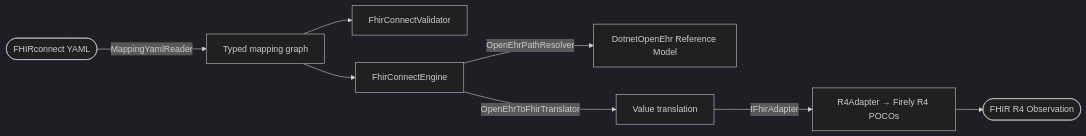
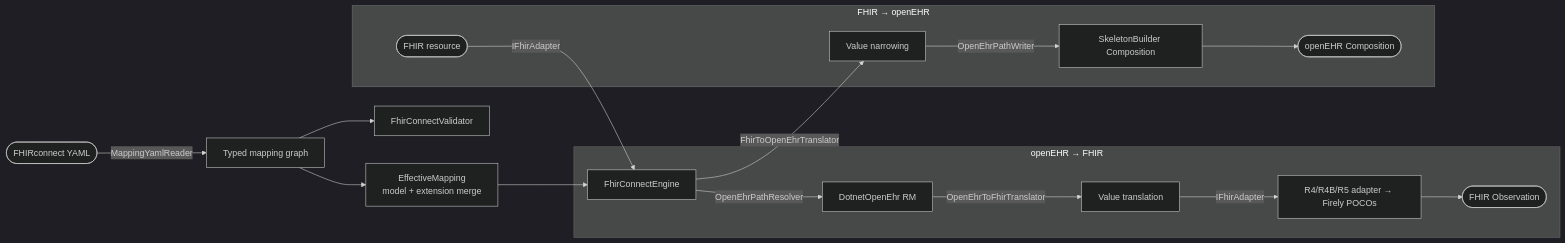
Before and after one commit to GinoCanessa/dotnet-fhirconnect: the diagram in docs/architecture.md, drawn with Mermaid (dark theme). The commit also changed other lines of this file and 1 other file, not shown here.

First line of the commit message:
docs: rewrite architecture.md for the bidirectional engine

````diff
--- a/docs/architecture.md
+++ b/docs/architecture.md
@@ -8,10 +8,21 @@
 ```mermaid
 flowchart LR
     YAML([FHIRconnect YAML]) -->|MappingYamlReader| Loader[Typed mapping graph]
     Loader --> Validator[FhirConnectValidator]
-    Loader --> Engine[FhirConnectEngine]
-    Engine -->|OpenEhrPathResolver| RM[DotnetOpenEhr Reference Model]
-    Engine -->|OpenEhrToFhirTranslator| Translator[Value translation]
-    Translator -->|IFhirAdapter| R4[R4Adapter → Firely R4 POCOs]
-    R4 --> Observation([FHIR R4 Observation])
+    Loader --> Eff[EffectiveMapping<br/>model + extension merge]
+    Eff --> Engine[FhirConnectEngine]
+
+    subgraph forward [openEHR → FHIR]
+        Engine -->|OpenEhrPathResolver| RM[DotnetOpenEhr RM]
+        RM -->|OpenEhrToFhirTranslator| FW[Value translation]
+        FW -->|IFhirAdapter| R4out[R4/R4B/R5 adapter → Firely POCOs]
+        R4out --> Observation([FHIR Observation])
+    end
+
+    subgraph reverse [FHIR → openEHR]
+        FhirIn([FHIR resource]) -->|IFhirAdapter| Engine
+        Engine -->|FhirToOpenEhrTranslator| RW[Value narrowing]
+        RW -->|OpenEhrPathWriter| Skel[SkeletonBuilder Composition]
+        Skel --> Comp([openEHR Composition])
+    end
 ```
````
